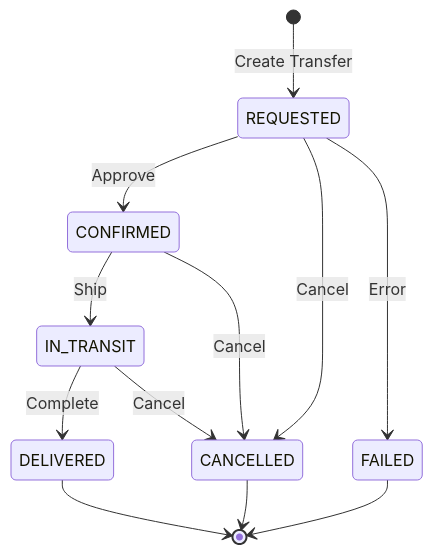
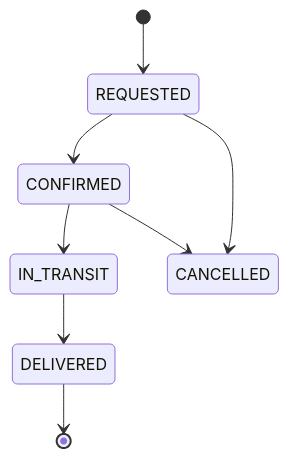
The third of 4 diagrams in README.md (Zag009/inventory-blockchain), drawn with Mermaid before and after one commit. The commit also changed other lines of this file, not shown here.

Commit message:
docs: simplify Mermaid diagrams for better rendering

````diff
--- a/README.md
+++ b/README.md
@@ -108,16 +74,11 @@
 ```mermaid
 stateDiagram-v2
-    [*] --> REQUESTED: Create Transfer
-    REQUESTED --> CONFIRMED: Approve
-    CONFIRMED --> IN_TRANSIT: Ship
-    IN_TRANSIT --> DELIVERED: Complete
+    [*] --> REQUESTED
+    REQUESTED --> CONFIRMED
+    CONFIRMED --> IN_TRANSIT
+    IN_TRANSIT --> DELIVERED
     DELIVERED --> [*]
     
-    REQUESTED --> CANCELLED: Cancel
-    CONFIRMED --> CANCELLED: Cancel
-    IN_TRANSIT --> CANCELLED: Cancel
-    CANCELLED --> [*]
-    
-    REQUESTED --> FAILED: Error
-    FAILED --> [*]
+    REQUESTED --> CANCELLED
+    CONFIRMED --> CANCELLED
 ```
````
